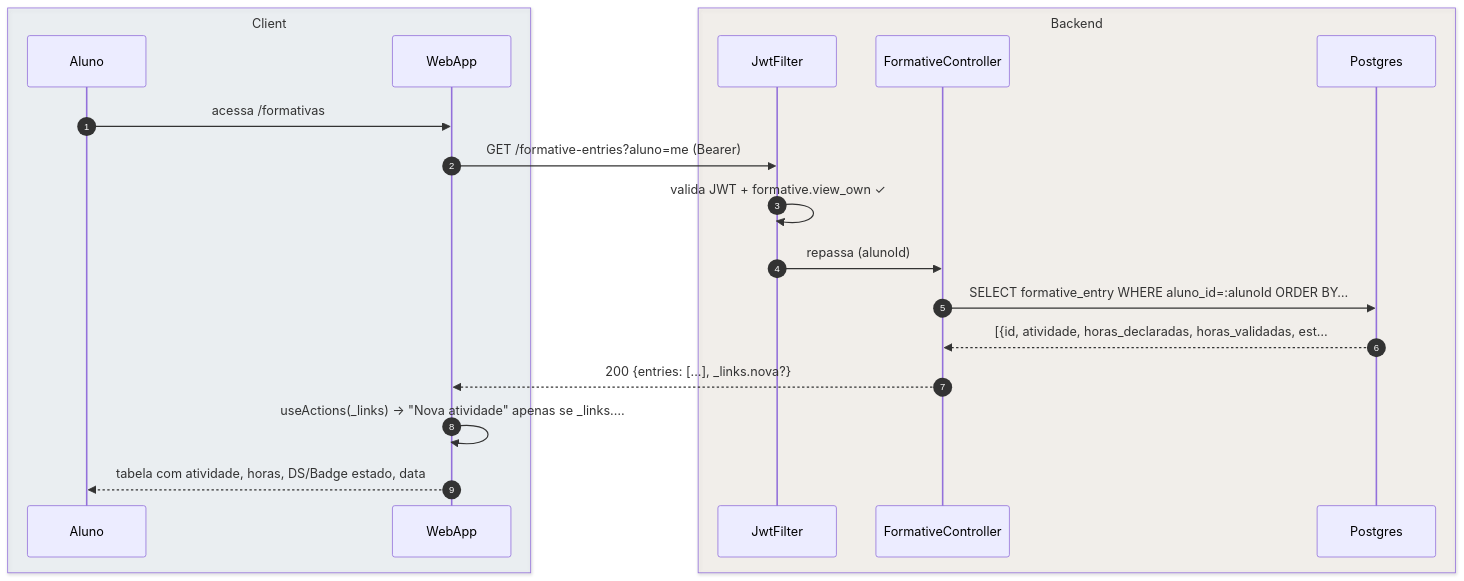
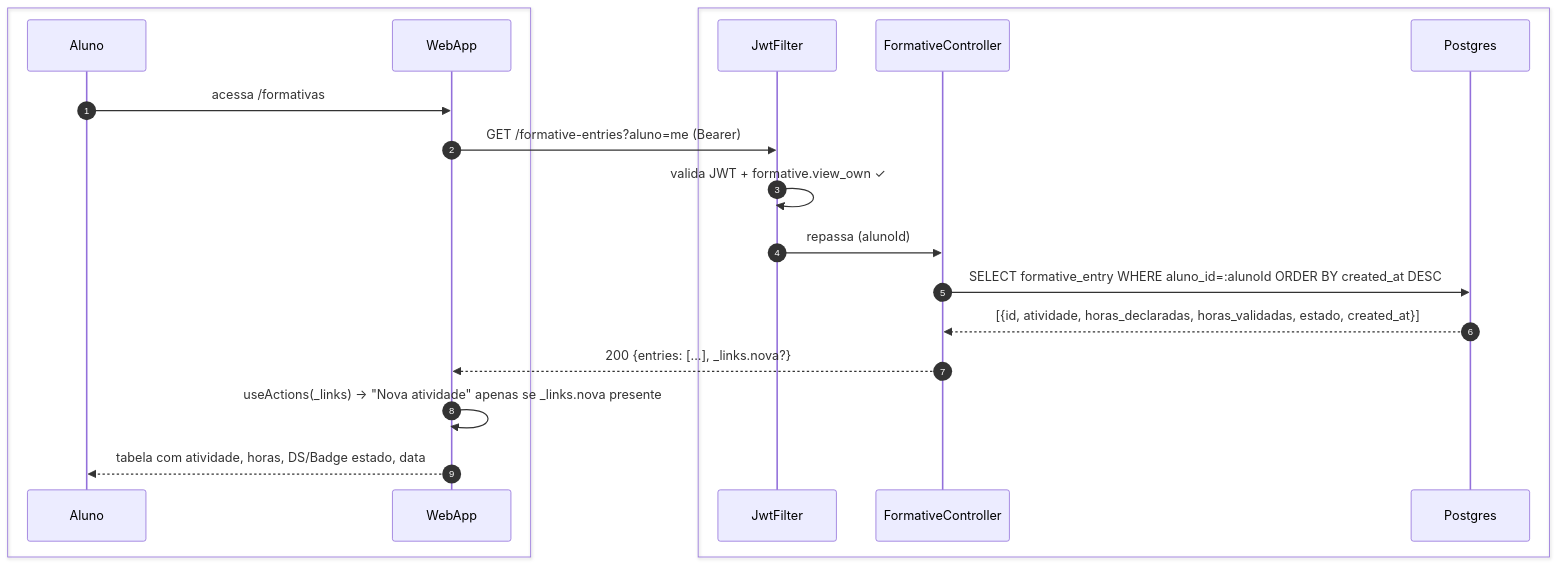
Before and after one commit to umishell/secretariaOnline2: the first of 4 diagrams in foundationDocs/sequenceDiagrams/F1 — Aluno/US-F1-006-FORMATIVAS.md, drawn with Mermaid. The commit also changed other lines of this file and 70 other files, not shown here.

First line of the commit message:
Enhance database documentation and introduce new schema files

````diff
--- a/foundationDocs/sequenceDiagrams/F1 — Aluno/US-F1-006-FORMATIVAS.md
+++ b/foundationDocs/sequenceDiagrams/F1 — Aluno/US-F1-006-FORMATIVAS.md
@@ -49,23 +49,23 @@
 ```mermaid
 sequenceDiagram
     autonumber
-    box rgba(230,245,255,0.3) Client
+    box #e8f4fc Cliente
         participant Aluno
         participant WebApp
     end
-    box rgba(255,245,230,0.3) Backend
+    box #fff8ee Servidor
         participant JwtFilter
         participant FormativeController
         participant Postgres
     end
 
     Aluno->>WebApp: acessa /formativas
     WebApp->>JwtFilter: GET /formative-entries?aluno=me (Bearer)
     JwtFilter->>JwtFilter: valida JWT + formative.view_own ✓
     JwtFilter->>FormativeController: repassa (alunoId)
-    FormativeController->>Postgres: SELECT formative_entry WHERE aluno_id=:alunoId ORDER BY…
-    Postgres-->>FormativeController: [{id, atividade, horas_declaradas, horas_validadas, est…
+    FormativeController->>Postgres: SELECT formative_entry WHERE aluno_id=:alunoId ORDER BY created_at DESC
+    Postgres-->>FormativeController: [{id, atividade, horas_declaradas, horas_validadas, estado, created_at}]
     FormativeController-->>WebApp: 200 {entries: [...], _links.nova?}
-    WebApp->>WebApp: useActions(_links) → "Nova atividade" apenas se _links.…
+    WebApp->>WebApp: useActions(_links) → "Nova atividade" apenas se _links.nova presente
     WebApp-->>Aluno: tabela com atividade, horas, DS/Badge estado, data
 ```
````
